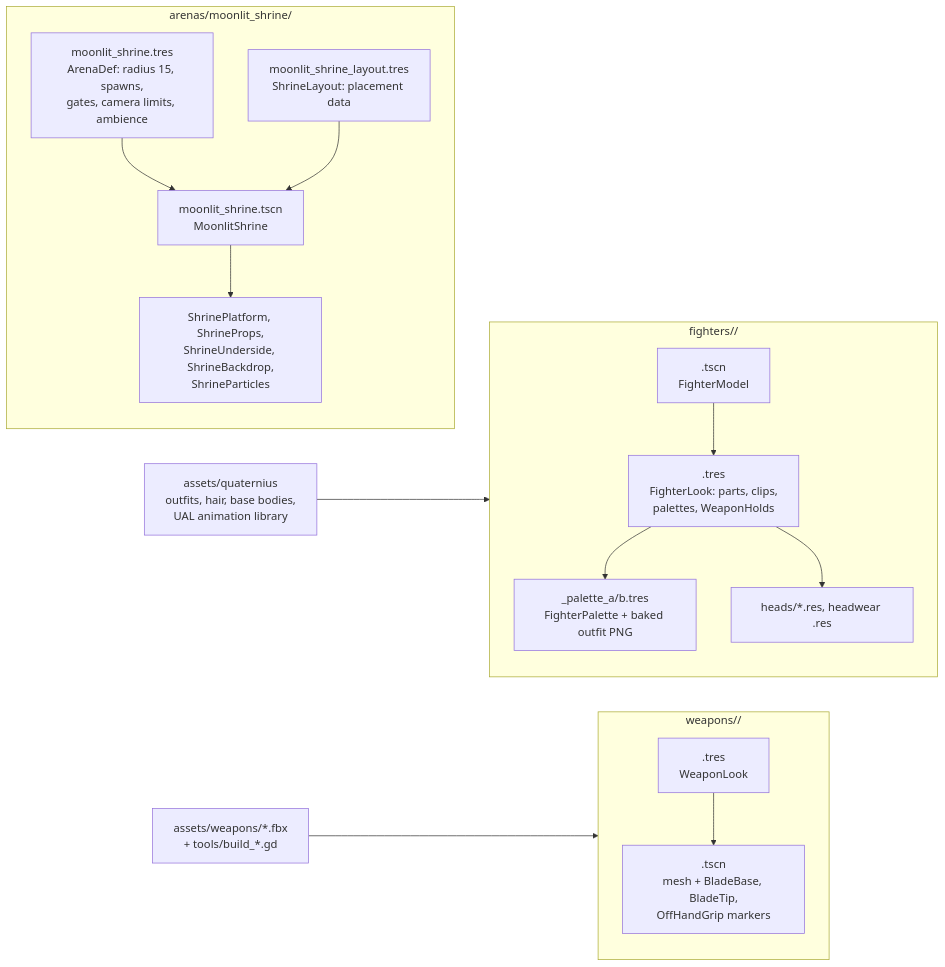
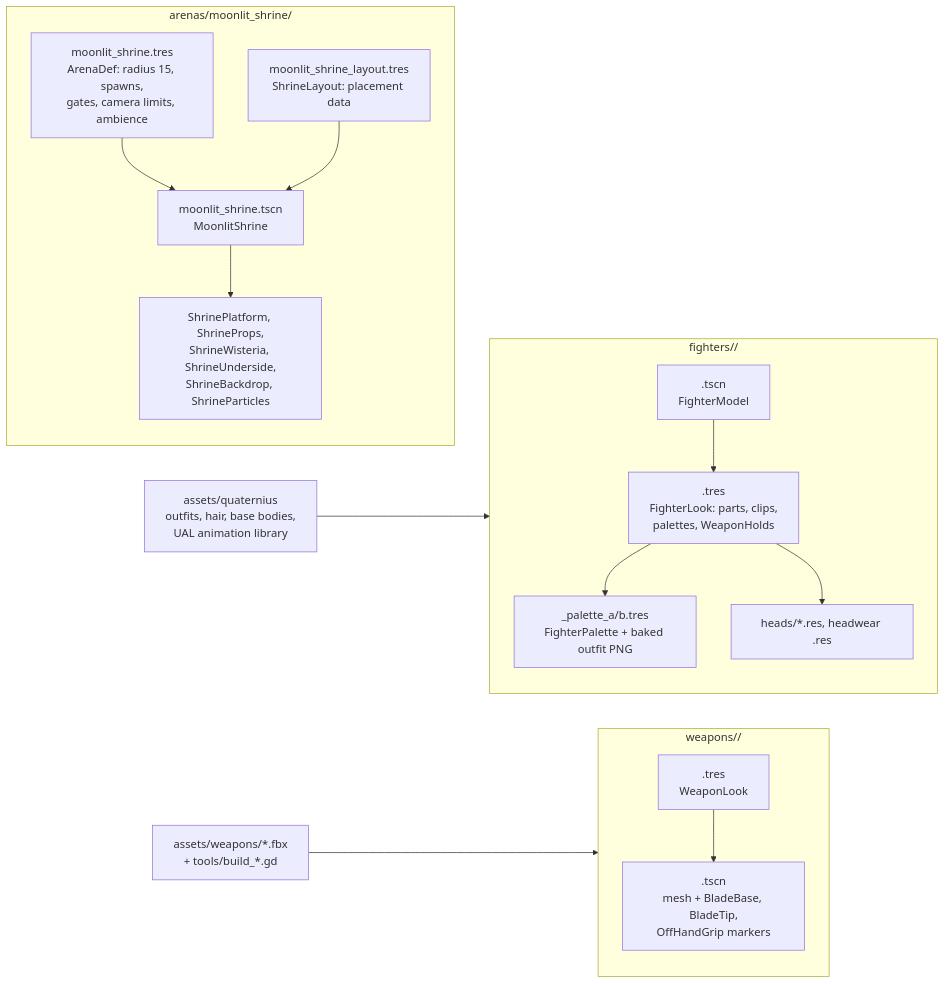
Before and after one commit to Arod231/monomachia: diagram 14 of 22 in docs/architecture.md, drawn with Mermaid. The commit also changed other lines of this file and 30 other files, not shown here.

First line of the commit message:
Grow five giant wisteria round the Shrine (milestone 1 task 48)

````diff
--- a/docs/architecture.md
+++ b/docs/architecture.md
@@ -759,18 +759,18 @@
 ```mermaid
 flowchart LR
     subgraph FIGHTER["fighters/<id>/"]
         FTSCN["<id>.tscn<br/>FighterModel"] --> FTRES["<id>.tres<br/>FighterLook: parts, clips,<br/>palettes, WeaponHolds"]
         FTRES --> PAL["<id>_palette_a/b.tres<br/>FighterPalette + baked outfit PNG"]
         FTRES --> HEAD["heads/*.res, headwear .res"]
     end
     subgraph WEAPON["weapons/<id>/"]
         WRES["<id>.tres<br/>WeaponLook"] --> WSCN["<id>.tscn<br/>mesh + BladeBase, BladeTip,<br/>OffHandGrip markers"]
     end
     subgraph ARENA["arenas/moonlit_shrine/"]
         ADEF["moonlit_shrine.tres<br/>ArenaDef: radius 15, spawns,<br/>gates, camera limits, ambience"] --> ASCN["moonlit_shrine.tscn<br/>MoonlitShrine"]
-        ASCN --> PARTS["ShrinePlatform, ShrineProps,<br/>ShrineUnderside, ShrineBackdrop,<br/>ShrineParticles"]
+        ASCN --> PARTS["ShrinePlatform, ShrineProps,<br/>ShrineWisteria, ShrineUnderside,<br/>ShrineBackdrop, ShrineParticles"]
         LAYOUT["moonlit_shrine_layout.tres<br/>ShrineLayout: placement data"] --> ASCN
     end
     ASSETS["assets/quaternius<br/>outfits, hair, base bodies,<br/>UAL animation library"] --> FIGHTER
     SRCW["assets/weapons/*.fbx<br/>+ tools/build_*.gd"] --> WEAPON
 ```
````
